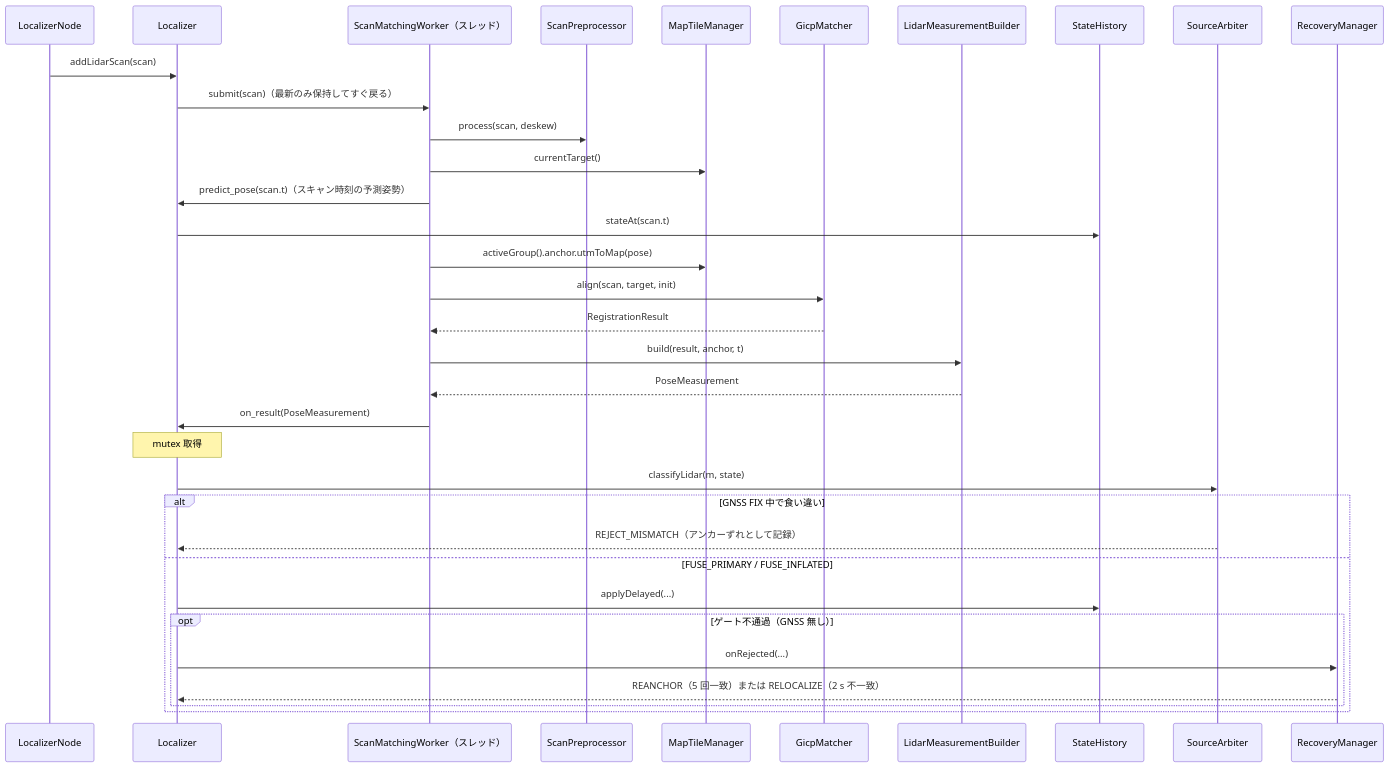
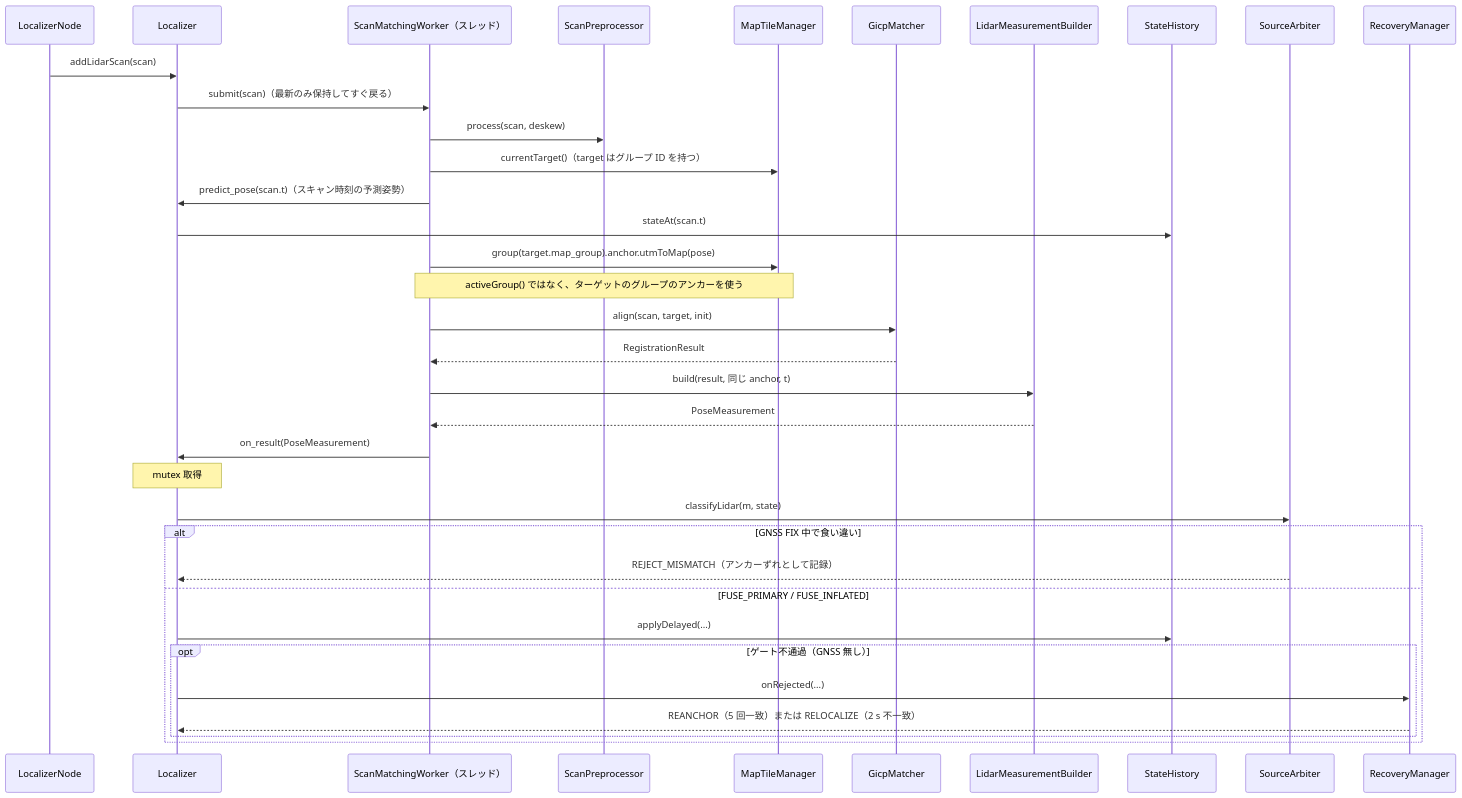
Diagram 13 of 14 in docs/architecture.md (mamoru1126/gnss_and_lidar_localization), drawn with Mermaid before and after one commit. The commit also changed other lines of this file and 6 other files, not shown here.

First line of the commit message:
docs: 運用上の前提とデッドレコニング距離の監視を反映し、複数地図の扱いを見直し（設計書 v0.9）

````diff
--- a/docs/architecture.md
+++ b/docs/architecture.md
@@ -890,37 +932,38 @@
 ```mermaid
 sequenceDiagram
   participant N as LocalizerNode
   participant L as Localizer
   participant W as ScanMatchingWorker（スレッド）
   participant P as ScanPreprocessor
   participant MT as MapTileManager
   participant G as GicpMatcher
   participant LB as LidarMeasurementBuilder
   participant H as StateHistory
   participant AR as SourceArbiter
   participant RC as RecoveryManager
 
   N->>L: addLidarScan(scan)
   L->>W: submit(scan)（最新のみ保持してすぐ戻る）
   W->>P: process(scan, deskew)
-  W->>MT: currentTarget()
+  W->>MT: currentTarget()（target はグループ ID を持つ）
   W->>L: predict_pose(scan.t)（スキャン時刻の予測姿勢）
   L->>H: stateAt(scan.t)
-  W->>MT: activeGroup().anchor.utmToMap(pose)
+  W->>MT: group(target.map_group).anchor.utmToMap(pose)
+  Note over W,MT: activeGroup() ではなく、ターゲットのグループのアンカーを使う
   W->>G: align(scan, target, init)
   G-->>W: RegistrationResult
-  W->>LB: build(result, anchor, t)
+  W->>LB: build(result, 同じ anchor, t)
   LB-->>W: PoseMeasurement
   W->>L: on_result(PoseMeasurement)
   Note over L: mutex 取得
   L->>AR: classifyLidar(m, state)
   alt GNSS FIX 中で食い違い
     AR-->>L: REJECT_MISMATCH（アンカーずれとして記録）
   else FUSE_PRIMARY / FUSE_INFLATED
     L->>H: applyDelayed(...)
     opt ゲート不通過（GNSS 無し）
       L->>RC: onRejected(...)
       RC-->>L: REANCHOR（5 回一致）または RELOCALIZE（2 s 不一致）
     end
   end
 ```
````
